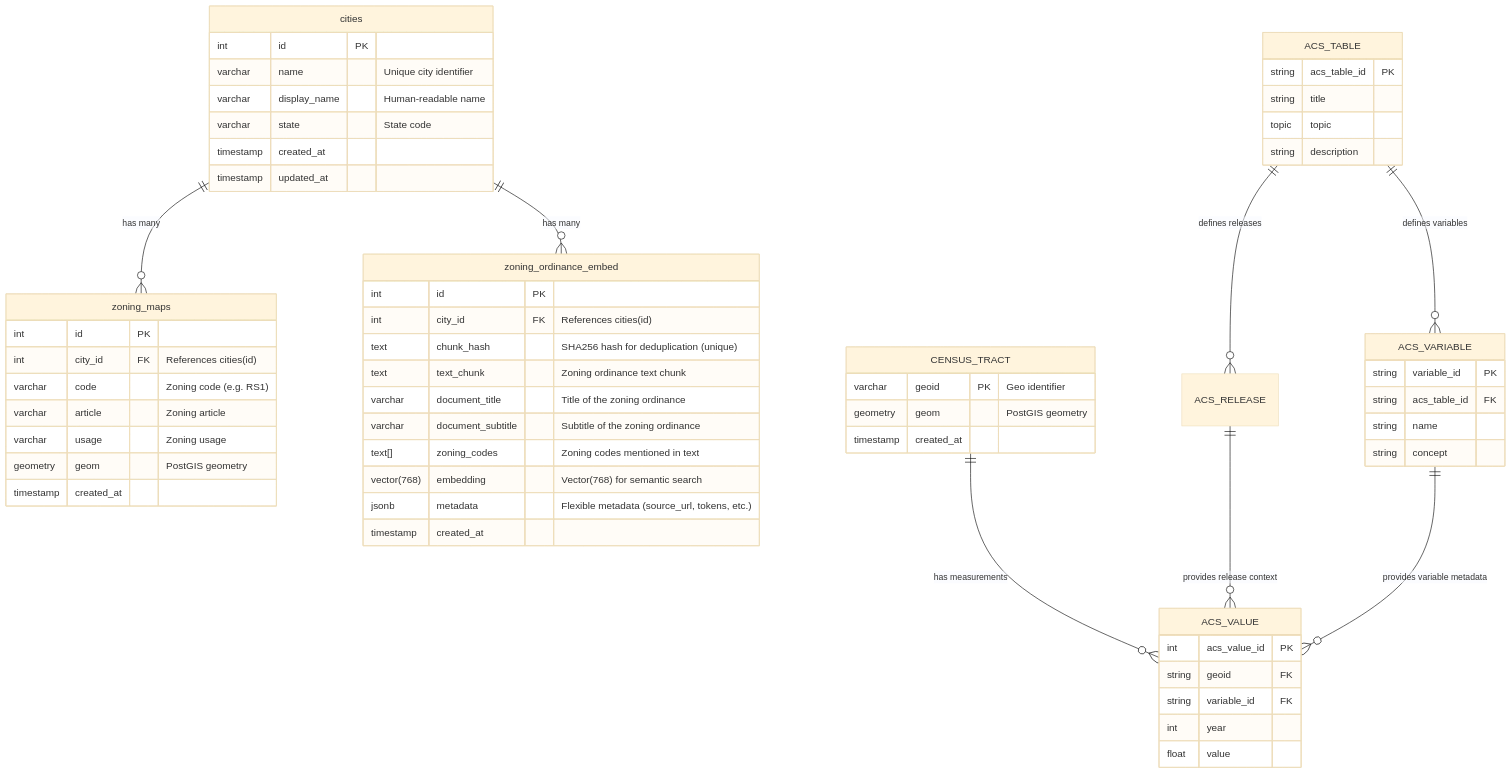
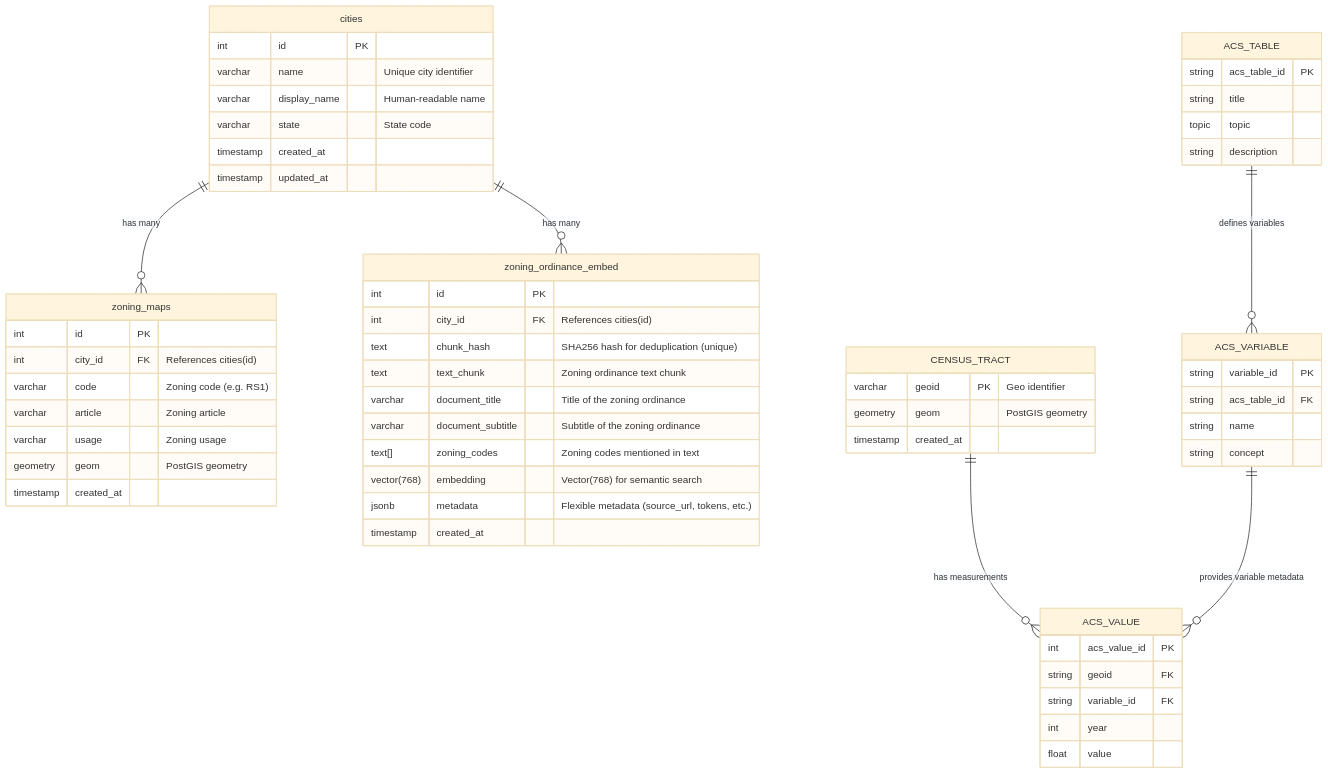
The diagram in README.md (a2as-team/ac215_Spatially), drawn with Mermaid (base theme) before and after one commit.

Commit message:
docs: remove release table from the ER diagram

```diff
--- a/README.md
+++ b/README.md
@@ -27,9 +27,7 @@
     cities ||--o{ zoning_maps : "has many"
     cities ||--o{ zoning_ordinance_embed : "has many"
     CENSUS_TRACT ||--o{ ACS_VALUE : "has measurements"
-    ACS_TABLE ||--o{ ACS_RELEASE : "defines releases"
     ACS_TABLE ||--o{ ACS_VARIABLE : "defines variables"
-    ACS_RELEASE ||--o{ ACS_VALUE : "provides release context"
     ACS_VARIABLE ||--o{ ACS_VALUE : "provides variable metadata"
 
     cities {
```
